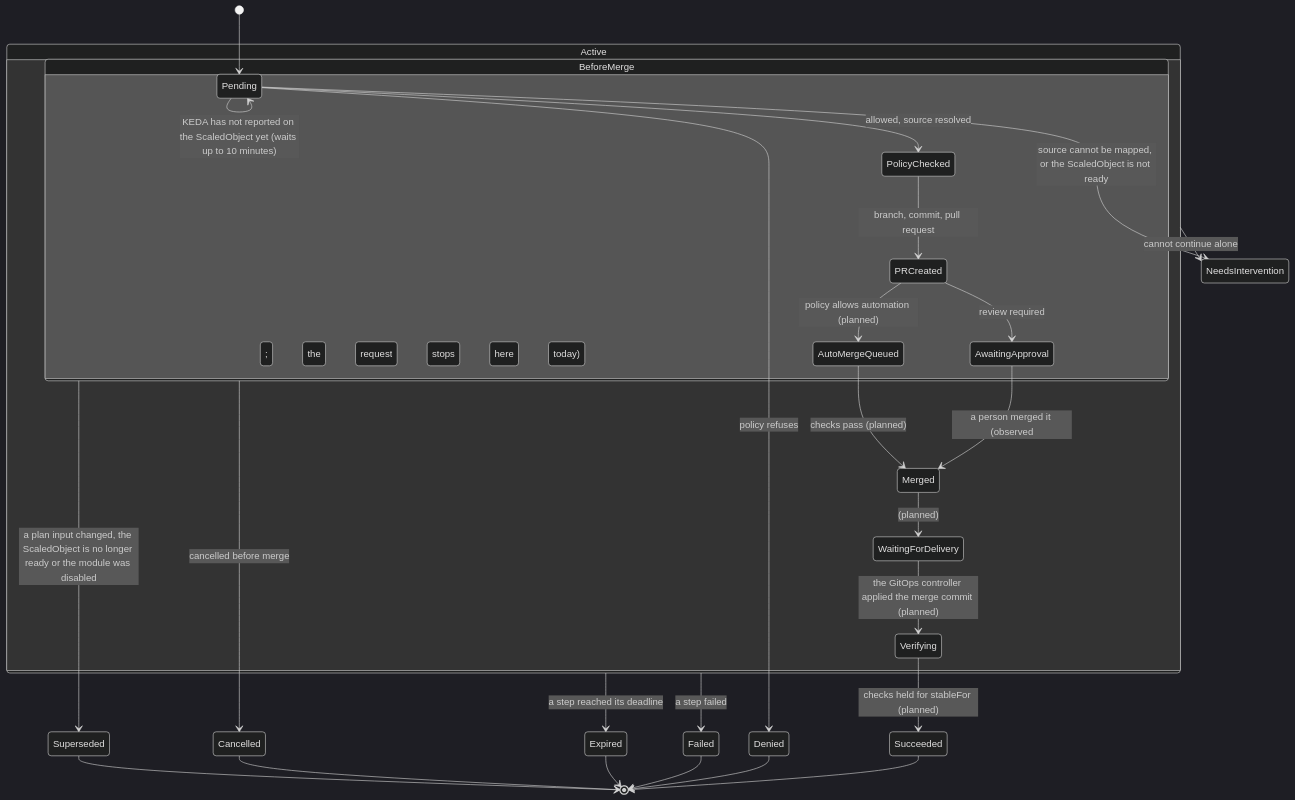
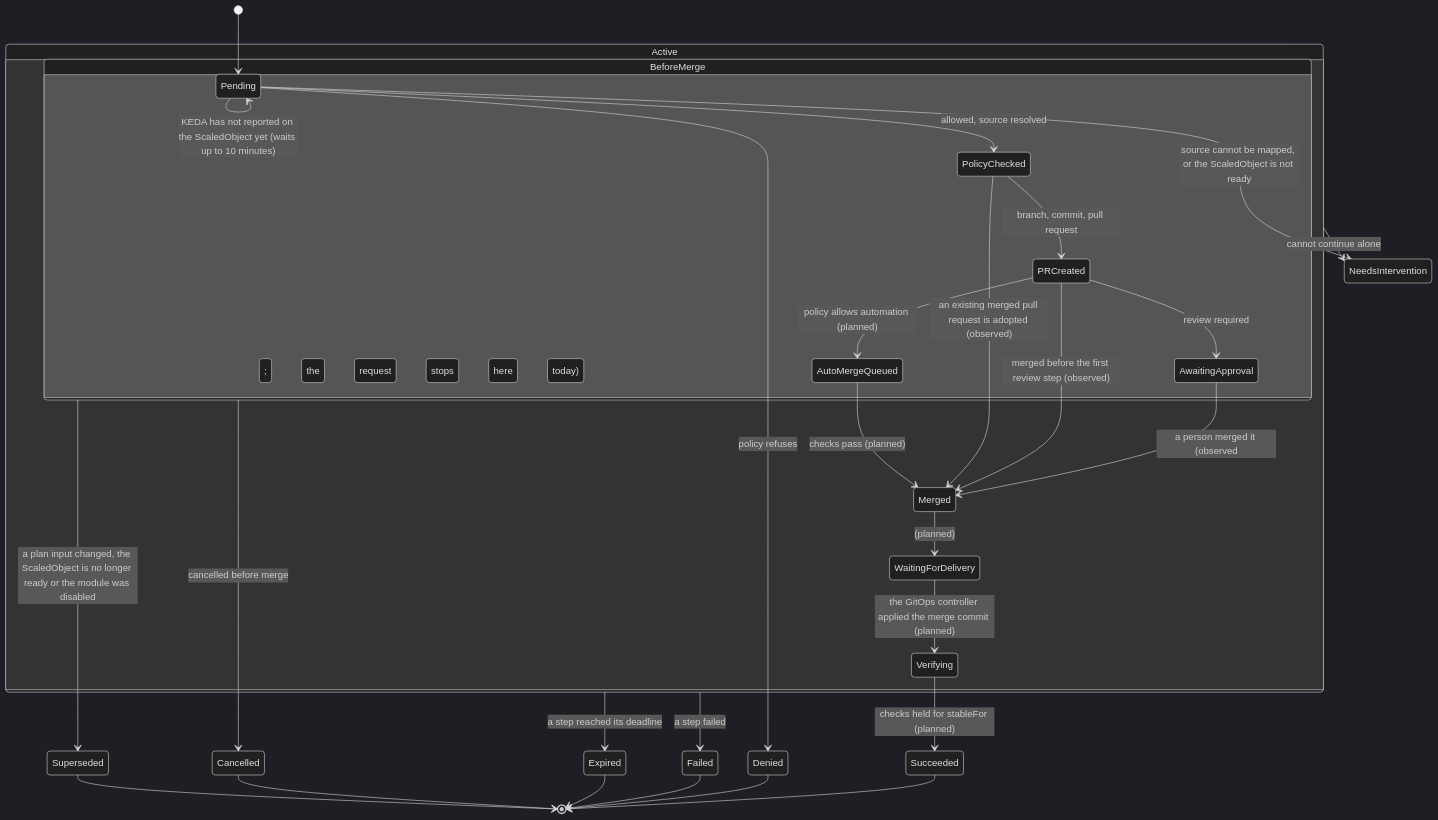
Before and after one commit to pkalin/shadewright: the third of 5 diagrams in docs/design.md, drawn with Mermaid (dark theme). The commit also changed other lines of this file and 5 other files, not shown here.

````diff
--- a/docs/design.md
+++ b/docs/design.md
@@ -501,31 +503,33 @@
 ```mermaid
 stateDiagram-v2
     [*] --> Pending
     state Active {
         state BeforeMerge {
             Pending --> PolicyChecked: allowed, source resolved
             PolicyChecked --> PRCreated: branch, commit, pull request
             PRCreated --> AwaitingApproval: review required
             PRCreated --> AutoMergeQueued: policy allows automation (planned)
             AwaitingApproval --> Merged: a person merged it (observed; the request stops here today)
+            PRCreated --> Merged: merged before the first review step (observed)
+            PolicyChecked --> Merged: an existing merged pull request is adopted (observed)
             AutoMergeQueued --> Merged: checks pass (planned)
         }
         Merged --> WaitingForDelivery: (planned)
         WaitingForDelivery --> Verifying: the GitOps controller applied the merge commit (planned)
     }
     Pending --> Denied: policy refuses
     Pending --> NeedsIntervention: source cannot be mapped, or the ScaledObject is not ready
     Pending --> Pending: KEDA has not reported on the ScaledObject yet (waits up to 10 minutes)
     Verifying --> Succeeded: checks held for stableFor (planned)
     BeforeMerge --> Cancelled: cancelled before merge
     BeforeMerge --> Superseded: a plan input changed, the ScaledObject is no longer ready or the module was disabled
     Active --> Expired: a step reached its deadline
     Active --> Failed: a step failed
     Active --> NeedsIntervention: cannot continue alone
     Succeeded --> [*]
     Denied --> [*]
     Failed --> [*]
     Expired --> [*]
     Cancelled --> [*]
     Superseded --> [*]
 ```
````
